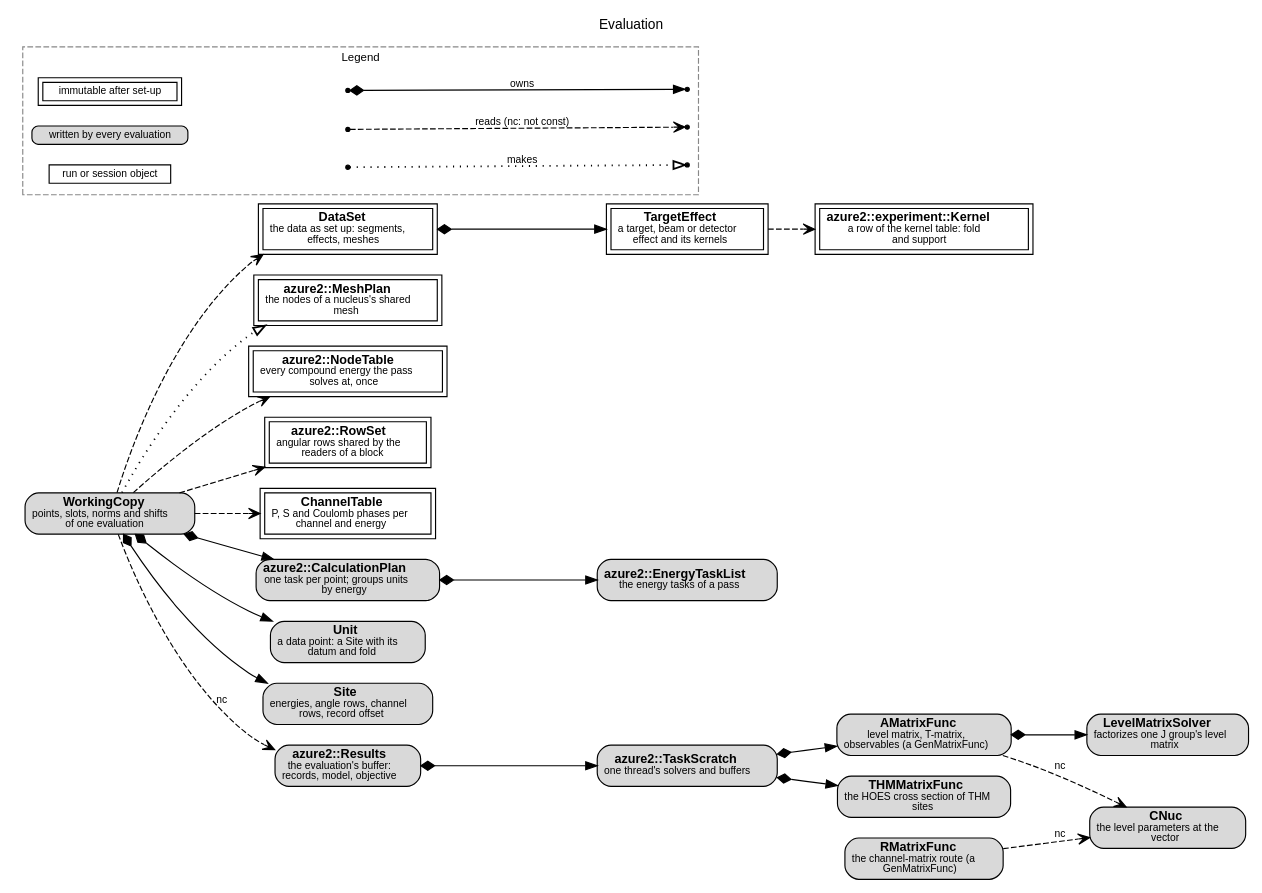
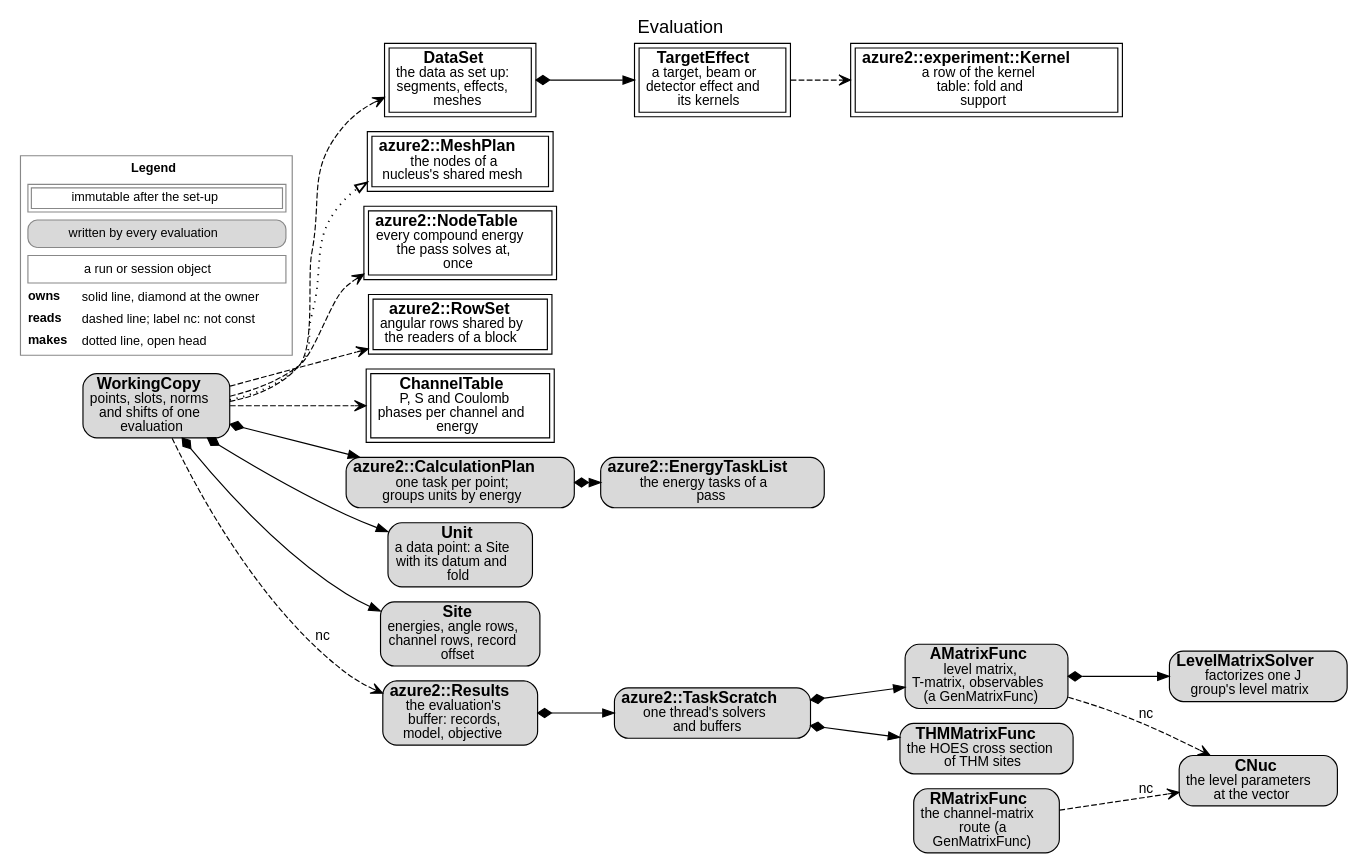
Before and after one commit to AZURE2DEV/AZURE2: the diagram in docs/source/developer/figures/evaluation.dot, drawn with Graphviz. The commit also changed 11 other files, not shown here.

```diff
--- a/docs/source/developer/figures/evaluation.dot
+++ b/docs/source/developer/figures/evaluation.dot
@@ -1,56 +1,43 @@
 digraph evaluation {
-  graph [rankdir=LR, fontname="Helvetica", fontsize=12, labelloc=t, label="Evaluation", nodesep=0.25, ranksep=0.45, newrank=true];
-  node [fontname="Helvetica", fontsize=11, margin="0.08,0.04"];
-  edge [fontname="Helvetica", fontsize=9];
-  n_WorkingCopy [label=<<b>WorkingCopy</b><br/><font point-size="9">points, slots, norms and shifts<br/>of one evaluation</font>>, shape=box, style="rounded,filled", fillcolor="#d9d9d9"];
-  n_DataSet [label=<<b>DataSet</b><br/><font point-size="9">the data as set up: segments,<br/>effects, meshes</font>>, shape=box, peripheries=2, style="filled", fillcolor="white"];
-  n_TargetEffect [label=<<b>TargetEffect</b><br/><font point-size="9">a target, beam or detector<br/>effect and its kernels</font>>, shape=box, peripheries=2, style="filled", fillcolor="white"];
-  n_azure2__experiment__Kernel [label=<<b>azure2::experiment::Kernel</b><br/><font point-size="9">a row of the kernel table: fold<br/>and support</font>>, shape=box, peripheries=2, style="filled", fillcolor="white"];
-  n_azure2__MeshPlan [label=<<b>azure2::MeshPlan</b><br/><font point-size="9">the nodes of a nucleus&#x27;s shared<br/>mesh</font>>, shape=box, peripheries=2, style="filled", fillcolor="white"];
-  n_azure2__NodeTable [label=<<b>azure2::NodeTable</b><br/><font point-size="9">every compound energy the pass<br/>solves at, once</font>>, shape=box, peripheries=2, style="filled", fillcolor="white"];
-  n_azure2__RowSet [label=<<b>azure2::RowSet</b><br/><font point-size="9">angular rows shared by the<br/>readers of a block</font>>, shape=box, peripheries=2, style="filled", fillcolor="white"];
-  n_ChannelTable [label=<<b>ChannelTable</b><br/><font point-size="9">P, S and Coulomb phases per<br/>channel and energy</font>>, shape=box, peripheries=2, style="filled", fillcolor="white"];
-  n_azure2__CalculationPlan [label=<<b>azure2::CalculationPlan</b><br/><font point-size="9">one task per point; groups units<br/>by energy</font>>, shape=box, style="rounded,filled", fillcolor="#d9d9d9"];
-  n_azure2__EnergyTaskList [label=<<b>azure2::EnergyTaskList</b><br/><font point-size="9">the energy tasks of a pass</font>>, shape=box, style="rounded,filled", fillcolor="#d9d9d9"];
-  n_Unit [label=<<b>Unit</b><br/><font point-size="9">a data point: a Site with its<br/>datum and fold</font>>, shape=box, style="rounded,filled", fillcolor="#d9d9d9"];
-  n_Site [label=<<b>Site</b><br/><font point-size="9">energies, angle rows, channel<br/>rows, record offset</font>>, shape=box, style="rounded,filled", fillcolor="#d9d9d9"];
-  n_azure2__Results [label=<<b>azure2::Results</b><br/><font point-size="9">the evaluation&#x27;s buffer:<br/>records, model, objective</font>>, shape=box, style="rounded,filled", fillcolor="#d9d9d9"];
-  n_azure2__TaskScratch [label=<<b>azure2::TaskScratch</b><br/><font point-size="9">one thread&#x27;s solvers and buffers</font>>, shape=box, style="rounded,filled", fillcolor="#d9d9d9"];
-  n_AMatrixFunc [label=<<b>AMatrixFunc</b><br/><font point-size="9">level matrix, T-matrix,<br/>observables (a GenMatrixFunc)</font>>, shape=box, style="rounded,filled", fillcolor="#d9d9d9"];
-  n_THMMatrixFunc [label=<<b>THMMatrixFunc</b><br/><font point-size="9">the HOES cross section of THM<br/>sites</font>>, shape=box, style="rounded,filled", fillcolor="#d9d9d9"];
-  n_RMatrixFunc [label=<<b>RMatrixFunc</b><br/><font point-size="9">the channel-matrix route (a<br/>GenMatrixFunc)</font>>, shape=box, style="rounded,filled", fillcolor="#d9d9d9"];
-  n_LevelMatrixSolver [label=<<b>LevelMatrixSolver</b><br/><font point-size="9">factorizes one J group&#x27;s level<br/>matrix</font>>, shape=box, style="rounded,filled", fillcolor="#d9d9d9"];
-  n_CNuc [label=<<b>CNuc</b><br/><font point-size="9">the level parameters at the<br/>vector</font>>, shape=box, style="rounded,filled", fillcolor="#d9d9d9"];
+  graph [rankdir=LR, fontname="Helvetica", fontsize=16, labelloc=t, label="Evaluation", nodesep=0.18, ranksep=0.3, newrank=true];
+  node [fontname="Helvetica", fontsize=14, margin="0.08,0.04"];
+  edge [fontname="Helvetica", fontsize=12];
+  n_WorkingCopy [label=<<b>WorkingCopy</b><br/><font point-size="12">points, slots, norms<br/>and shifts of one<br/>evaluation</font>>, shape=box, style="rounded,filled", fillcolor="#d9d9d9"];
+  n_DataSet [label=<<b>DataSet</b><br/><font point-size="12">the data as set up:<br/>segments, effects,<br/>meshes</font>>, shape=box, peripheries=2, style="filled", fillcolor="white"];
+  n_TargetEffect [label=<<b>TargetEffect</b><br/><font point-size="12">a target, beam or<br/>detector effect and<br/>its kernels</font>>, shape=box, peripheries=2, style="filled", fillcolor="white"];
+  n_azure2__experiment__Kernel [label=<<b>azure2::experiment::Kernel</b><br/><font point-size="12">a row of the kernel<br/>table: fold and<br/>support</font>>, shape=box, peripheries=2, style="filled", fillcolor="white"];
+  n_azure2__MeshPlan [label=<<b>azure2::MeshPlan</b><br/><font point-size="12">the nodes of a<br/>nucleus&#x27;s shared mesh</font>>, shape=box, peripheries=2, style="filled", fillcolor="white"];
+  n_azure2__NodeTable [label=<<b>azure2::NodeTable</b><br/><font point-size="12">every compound energy<br/>the pass solves at,<br/>once</font>>, shape=box, peripheries=2, style="filled", fillcolor="white"];
+  n_azure2__RowSet [label=<<b>azure2::RowSet</b><br/><font point-size="12">angular rows shared by<br/>the readers of a block</font>>, shape=box, peripheries=2, style="filled", fillcolor="white"];
+  n_ChannelTable [label=<<b>ChannelTable</b><br/><font point-size="12">P, S and Coulomb<br/>phases per channel and<br/>energy</font>>, shape=box, peripheries=2, style="filled", fillcolor="white"];
+  n_azure2__CalculationPlan [label=<<b>azure2::CalculationPlan</b><br/><font point-size="12">one task per point;<br/>groups units by energy</font>>, shape=box, style="rounded,filled", fillcolor="#d9d9d9"];
+  n_azure2__EnergyTaskList [label=<<b>azure2::EnergyTaskList</b><br/><font point-size="12">the energy tasks of a<br/>pass</font>>, shape=box, style="rounded,filled", fillcolor="#d9d9d9"];
+  n_Unit [label=<<b>Unit</b><br/><font point-size="12">a data point: a Site<br/>with its datum and<br/>fold</font>>, shape=box, style="rounded,filled", fillcolor="#d9d9d9"];
+  n_Site [label=<<b>Site</b><br/><font point-size="12">energies, angle rows,<br/>channel rows, record<br/>offset</font>>, shape=box, style="rounded,filled", fillcolor="#d9d9d9"];
+  n_azure2__Results [label=<<b>azure2::Results</b><br/><font point-size="12">the evaluation&#x27;s<br/>buffer: records,<br/>model, objective</font>>, shape=box, style="rounded,filled", fillcolor="#d9d9d9"];
+  n_azure2__TaskScratch [label=<<b>azure2::TaskScratch</b><br/><font point-size="12">one thread&#x27;s solvers<br/>and buffers</font>>, shape=box, style="rounded,filled", fillcolor="#d9d9d9"];
+  n_AMatrixFunc [label=<<b>AMatrixFunc</b><br/><font point-size="12">level matrix,<br/>T-matrix, observables<br/>(a GenMatrixFunc)</font>>, shape=box, style="rounded,filled", fillcolor="#d9d9d9"];
+  n_THMMatrixFunc [label=<<b>THMMatrixFunc</b><br/><font point-size="12">the HOES cross section<br/>of THM sites</font>>, shape=box, style="rounded,filled", fillcolor="#d9d9d9"];
+  n_RMatrixFunc [label=<<b>RMatrixFunc</b><br/><font point-size="12">the channel-matrix<br/>route (a<br/>GenMatrixFunc)</font>>, shape=box, style="rounded,filled", fillcolor="#d9d9d9"];
+  n_LevelMatrixSolver [label=<<b>LevelMatrixSolver</b><br/><font point-size="12">factorizes one J<br/>group&#x27;s level matrix</font>>, shape=box, style="rounded,filled", fillcolor="#d9d9d9"];
+  n_CNuc [label=<<b>CNuc</b><br/><font point-size="12">the level parameters<br/>at the vector</font>>, shape=box, style="rounded,filled", fillcolor="#d9d9d9"];
   n_WorkingCopy -> n_DataSet [style=dashed, arrowhead=vee];
   n_DataSet -> n_TargetEffect [style=solid, dir=both, arrowtail=diamond, arrowhead=normal];
   n_TargetEffect -> n_azure2__experiment__Kernel [style=dashed, arrowhead=vee];
   n_WorkingCopy -> n_azure2__MeshPlan [style=dotted, penwidth=1.6, arrowhead=empty];
   n_WorkingCopy -> n_azure2__NodeTable [style=dashed, arrowhead=vee];
   n_WorkingCopy -> n_azure2__RowSet [style=dashed, arrowhead=vee];
   n_WorkingCopy -> n_ChannelTable [style=dashed, arrowhead=vee];
   n_WorkingCopy -> n_azure2__CalculationPlan [style=solid, dir=both, arrowtail=diamond, arrowhead=normal];
   n_azure2__CalculationPlan -> n_azure2__EnergyTaskList [style=solid, dir=both, arrowtail=diamond, arrowhead=normal];
   n_WorkingCopy -> n_Unit [style=solid, dir=both, arrowtail=diamond, arrowhead=normal];
   n_WorkingCopy -> n_Site [style=solid, dir=both, arrowtail=diamond, arrowhead=normal];
   n_azure2__Results -> n_azure2__TaskScratch [style=solid, dir=both, arrowtail=diamond, arrowhead=normal];
   n_azure2__TaskScratch -> n_AMatrixFunc [style=solid, dir=both, arrowtail=diamond, arrowhead=normal];
   n_azure2__TaskScratch -> n_THMMatrixFunc [style=solid, dir=both, arrowtail=diamond, arrowhead=normal];
   n_AMatrixFunc -> n_LevelMatrixSolver [style=solid, dir=both, arrowtail=diamond, arrowhead=normal];
   n_AMatrixFunc -> n_CNuc [style=dashed, arrowhead=vee, label=" nc"];
   n_RMatrixFunc -> n_CNuc [style=dashed, arrowhead=vee, label=" nc"];
   n_WorkingCopy -> n_azure2__Results [style=dashed, arrowhead=vee, label=" nc"];
-  subgraph cluster_legend {
-    label="Legend"; fontsize=10; style=dashed; color="#888888";
-    node [fontname="Helvetica", fontsize=9, width=0.2, height=0.2];
-    l_imm [label="immutable after set-up", shape=box, peripheries=2, style="filled", fillcolor="white"];
-    l_ev [label="written by every evaluation", shape=box, style="rounded,filled", fillcolor="#d9d9d9"];
-    l_run [label="run or session object", shape=box, style="filled", fillcolor="white"];
-    l1 [shape=point, width=0.05]; l2 [shape=point, width=0.05]; l3 [shape=point, width=0.05];
-    l4 [shape=point, width=0.05]; l5 [shape=point, width=0.05]; l6 [shape=point, width=0.05];
-    l1 -> l2 [style=solid, dir=both, arrowtail=diamond, arrowhead=normal, label=" owns", fontsize=9, fontname="Helvetica"];
-    l3 -> l4 [style=dashed, arrowhead=vee, label=" reads (nc: not const)", fontsize=9, fontname="Helvetica"];
-    l5 -> l6 [style=dotted, penwidth=1.6, arrowhead=empty, label=" makes", fontsize=9, fontname="Helvetica"];
-    {rank=same; l_imm; l_ev; l_run;}
-    l_imm -> l1 [style=invis]; l_ev -> l3 [style=invis]; l_run -> l5 [style=invis];
-  }
+  legend [shape=plaintext, fontsize=11, label=<<TABLE BORDER="1" CELLBORDER="0" CELLSPACING="3" COLOR="#888888"><TR><TD COLSPAN="2"><B>Legend</B></TD></TR><TR><TD COLSPAN="2"><TABLE BORDER="1" CELLBORDER="1" CELLSPACING="2" CELLPADDING="2"><TR><TD>immutable after the set-up</TD></TR></TABLE></TD></TR><TR><TD COLSPAN="2"><TABLE BORDER="1" CELLBORDER="0" CELLPADDING="3" STYLE="rounded" BGCOLOR="#d9d9d9"><TR><TD>written by every evaluation</TD></TR></TABLE></TD></TR><TR><TD COLSPAN="2"><TABLE BORDER="1" CELLBORDER="0" CELLPADDING="3" ><TR><TD>a run or session object</TD></TR></TABLE></TD></TR><TR><TD ALIGN="LEFT"><B>owns</B></TD><TD ALIGN="LEFT">solid line, diamond at the owner</TD></TR><TR><TD ALIGN="LEFT"><B>reads</B></TD><TD ALIGN="LEFT">dashed line; label nc: not const</TD></TR><TR><TD ALIGN="LEFT"><B>makes</B></TD><TD ALIGN="LEFT">dotted line, open head</TD></TR></TABLE>>];
 }
```
